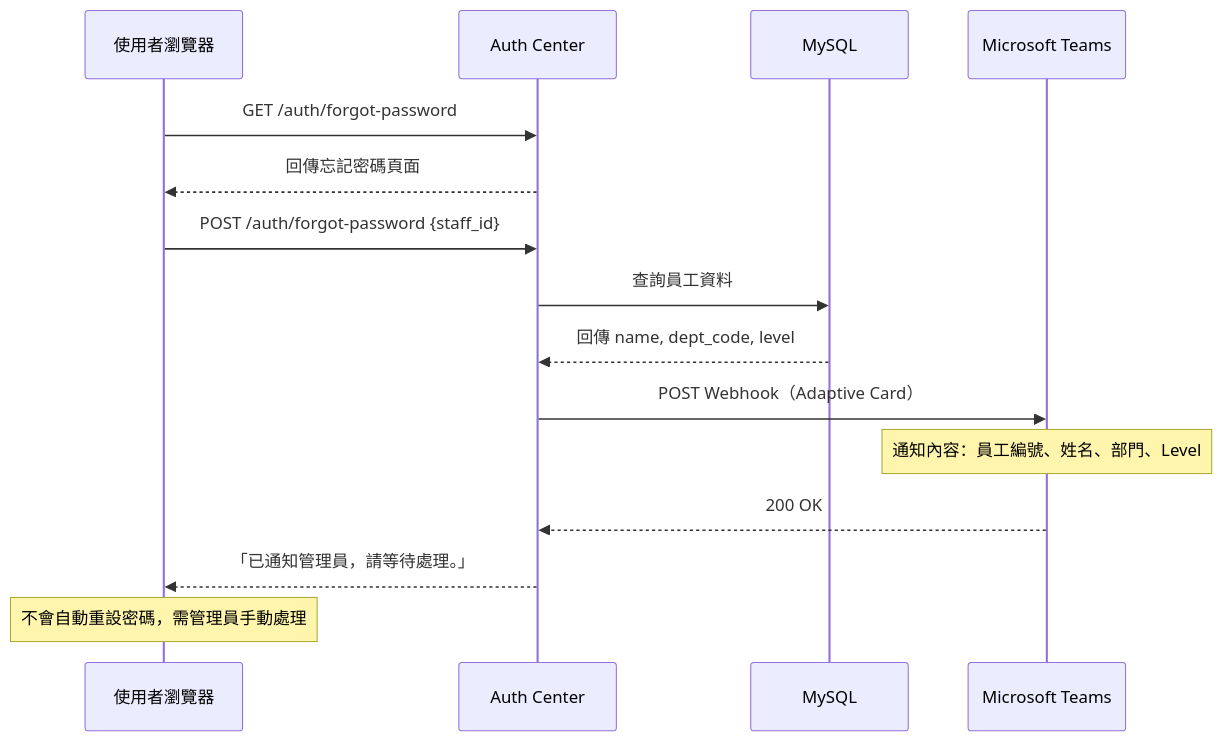
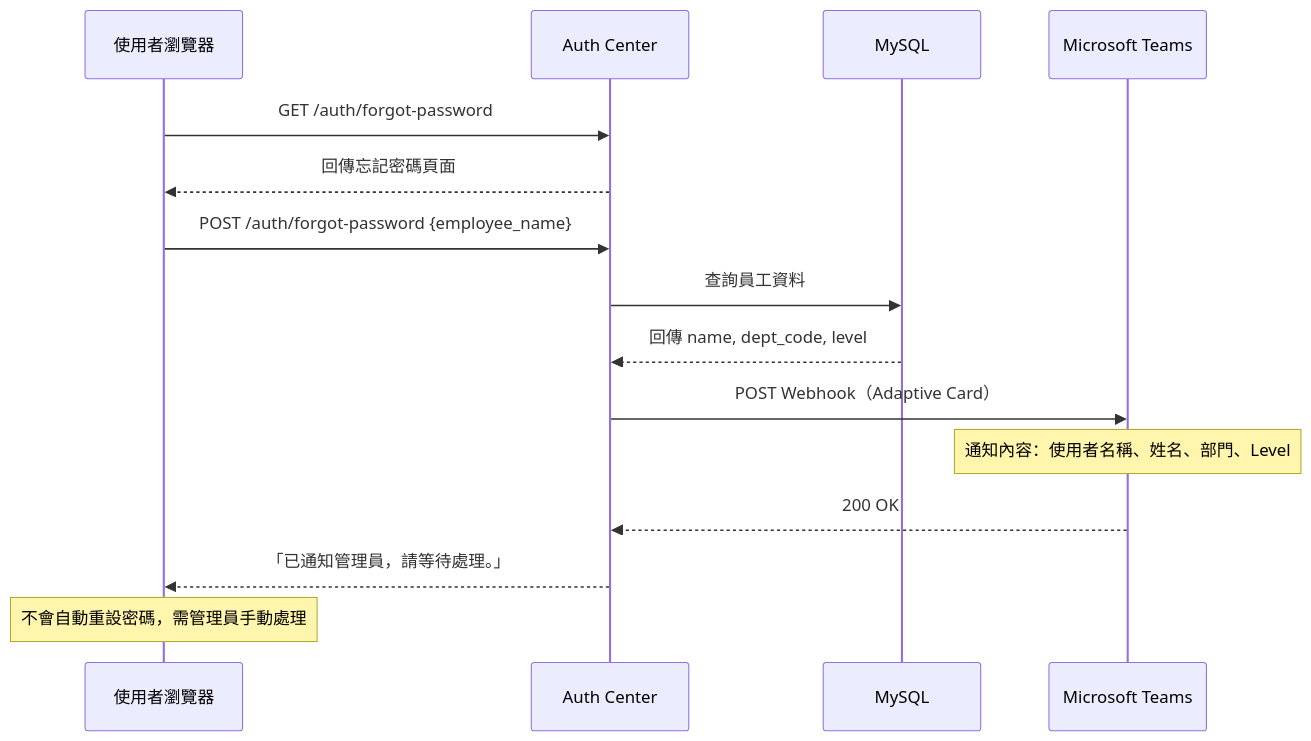
Before and after one commit to bwinken/authcenter: the fourth of 8 diagrams in README.md, drawn with Mermaid. The commit also changed other lines of this file and 14 other files, not shown here.

First line of the commit message:
refactor: rename staff_id to employee_name with lowercase normalization

````diff
--- a/README.md
+++ b/README.md
@@ -205,19 +205,19 @@
 ```mermaid
 sequenceDiagram
     participant U as 使用者瀏覽器
     participant C as Auth Center
     participant M as MySQL
     participant T as Microsoft Teams
 
     U->>C: GET /auth/forgot-password
     C-->>U: 回傳忘記密碼頁面
 
-    U->>C: POST /auth/forgot-password {staff_id}
+    U->>C: POST /auth/forgot-password {employee_name}
     C->>M: 查詢員工資料
     M-->>C: 回傳 name, dept_code, level
     C->>T: POST Webhook（Adaptive Card）
-    Note over T: 通知內容：員工編號、姓名、部門、Level
+    Note over T: 通知內容：使用者名稱、姓名、部門、Level
     T-->>C: 200 OK
     C-->>U: 「已通知管理員，請等待處理。」
     Note over U: 不會自動重設密碼，需管理員手動處理
 ```
````
